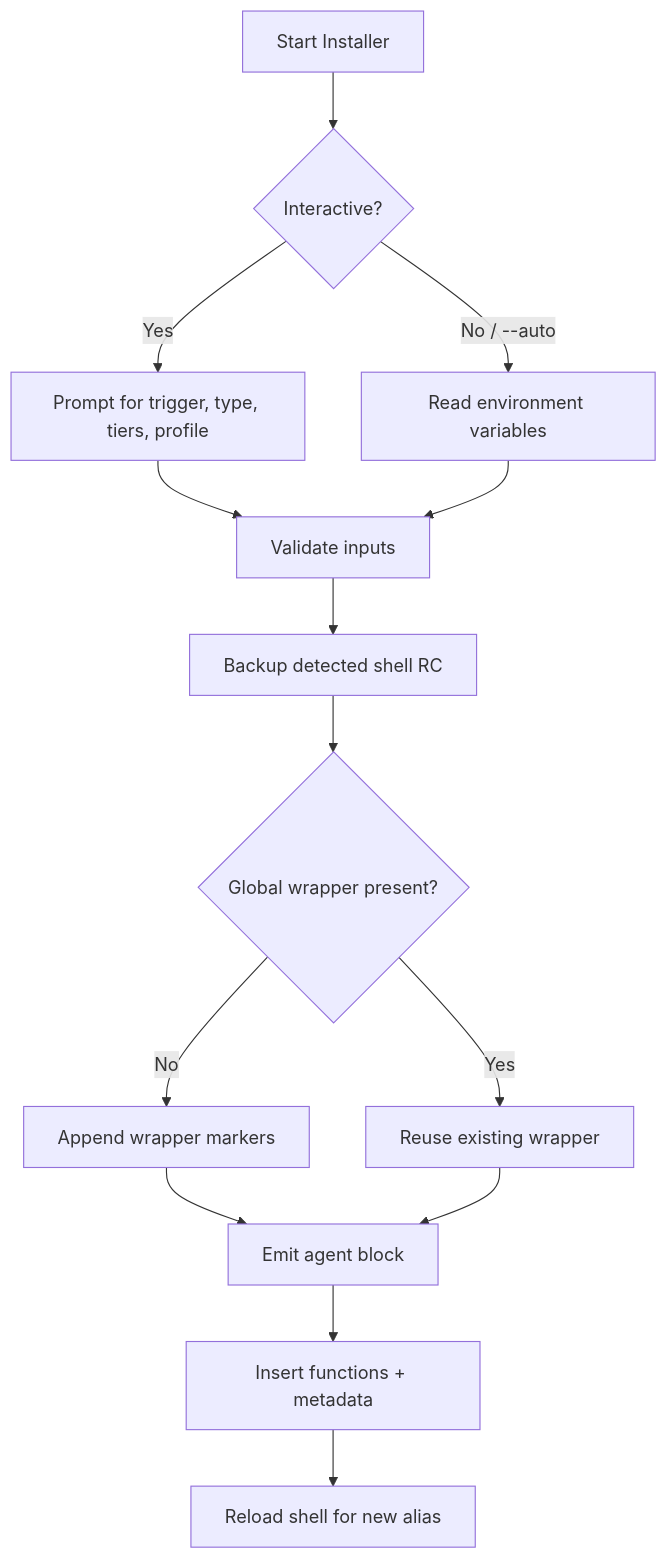
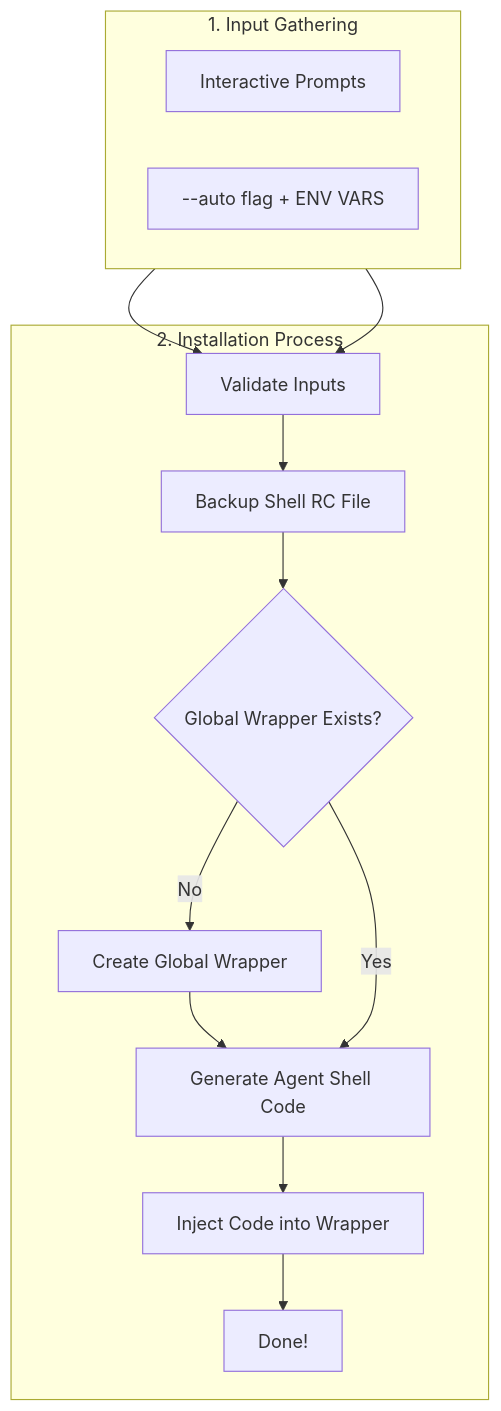
Before and after one commit to bizzkoot/codex-profile-installer: the diagram in README.md, drawn with Mermaid. The commit also changed other lines of this file, not shown here.

````diff
--- a/README.md
+++ b/README.md
@@ -74,16 +108,25 @@
 ```mermaid
 flowchart TD
-    A[Start Installer] --> B{Interactive?}
-    B -->|Yes| C[Prompt for trigger, type, tiers, profile]
-    B -->|No / --auto| D[Read environment variables]
-    C --> E[Validate inputs]
-    D --> E
-    E --> F[Backup detected shell RC]
-    F --> G{Global wrapper present?}
-    G -->|No| H[Append wrapper markers]
-    G -->|Yes| I[Reuse existing wrapper]
-    H --> J[Emit agent block]
-    I --> J
-    J --> K[Insert functions + metadata]
-    K --> L[Reload shell for new alias]
+    subgraph "1. Input Gathering"
+        direction LR
+        A[Interactive Prompts]
+        B[--auto flag + ENV VARS]
+    end
+
+    subgraph "2. Installation Process"
+        C[Validate Inputs]
+        D[Backup Shell RC File]
+        E{Global Wrapper Exists?}
+        F[Create Global Wrapper]
+        G[Generate Agent Shell Code]
+        H[Inject Code into Wrapper]
+        I[Done!]
+    end
+
+    A --> C
+    B --> C
+    C --> D --> E
+    E -- No --> F --> G
+    E -- Yes --> G
+    G --> H --> I
 ```
````
